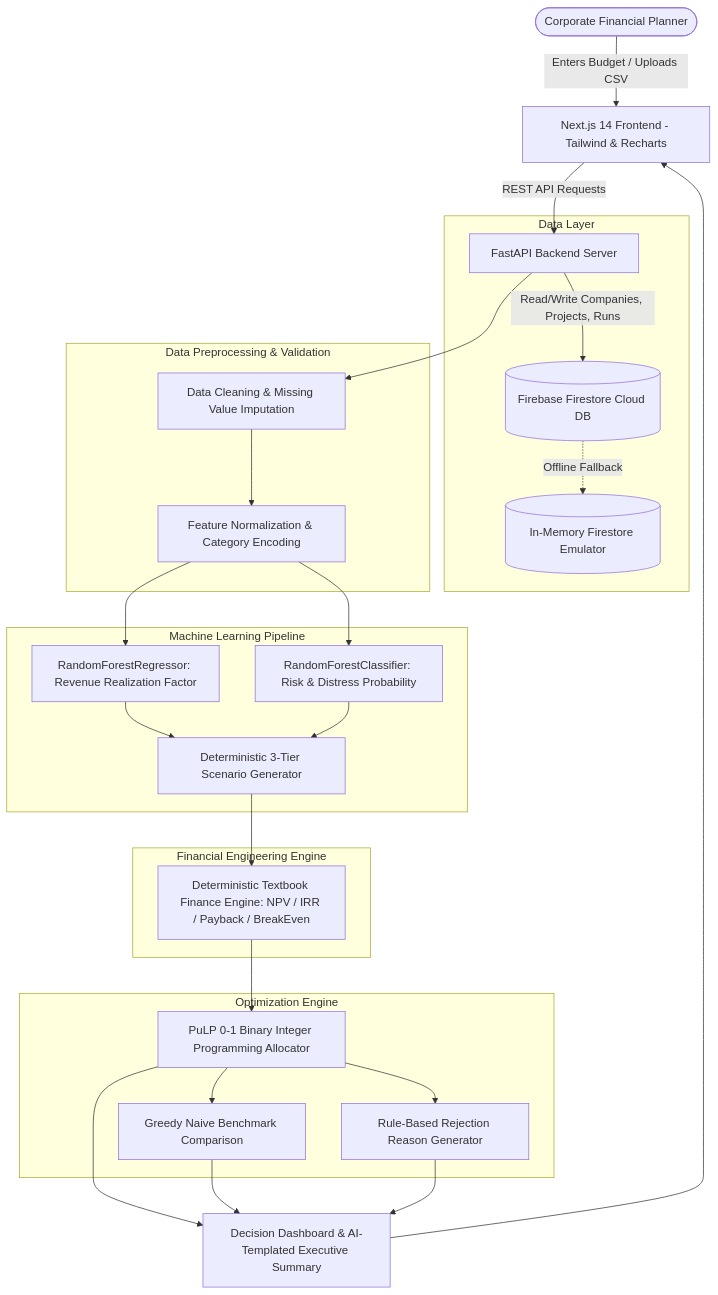
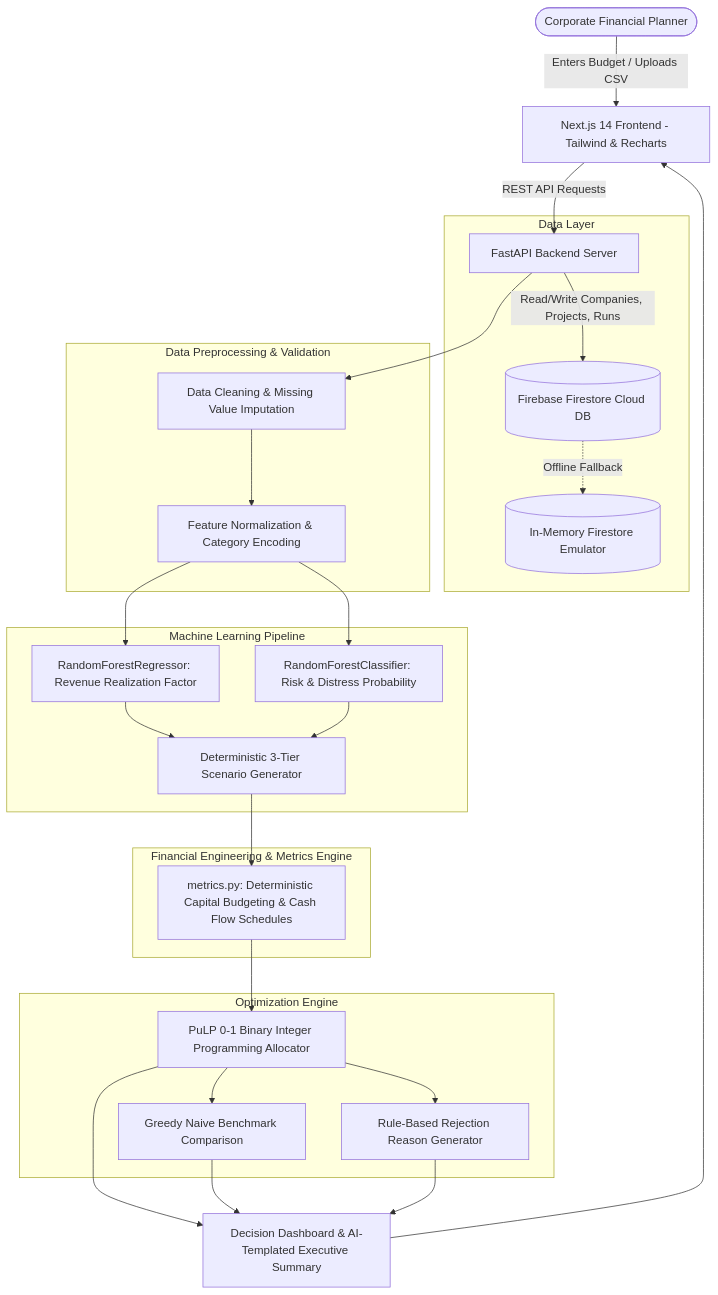
The diagram in README.md (Aryan010N/VentureLens_AI), drawn with Mermaid before and after one commit. The commit also changed other lines of this file and 18 other files, not shown here.

Commit message:
feat: complete metrics.py engine, portfolio summary, selected cards, testing page and docs

````diff
--- a/README.md
+++ b/README.md
@@ -48,34 +52,34 @@
 ```mermaid
 graph TD
     User([Corporate Financial Planner]) -->|Enters Budget / Uploads CSV| FE[Next.js 14 Frontend - Tailwind & Recharts]
     FE -->|REST API Requests| BE[FastAPI Backend Server]
     
     subgraph Data Layer
         BE -->|Read/Write Companies, Projects, Runs| FS[(Firebase Firestore Cloud DB)]
         FS -.->|Offline Fallback| MEM[(In-Memory Firestore Emulator)]
     end
 
     subgraph Data Preprocessing & Validation
         BE --> Clean[Data Cleaning & Missing Value Imputation]
         Clean --> Vector[Feature Normalization & Category Encoding]
     end
 
     subgraph Machine Learning Pipeline
         Vector --> Reg[RandomForestRegressor: Revenue Realization Factor]
         Vector --> Cls[RandomForestClassifier: Risk & Distress Probability]
         Reg & Cls --> Scen[Deterministic 3-Tier Scenario Generator]
     end
 
-    subgraph Financial Engineering Engine
-        Scen --> Fin[Deterministic Textbook Finance Engine: NPV / IRR / Payback / BreakEven]
+    subgraph Financial Engineering & Metrics Engine
+        Scen --> MetricsMod[metrics.py: Deterministic Capital Budgeting & Cash Flow Schedules]
     end
 
     subgraph Optimization Engine
-        Fin --> PuLP[PuLP 0-1 Binary Integer Programming Allocator]
+        MetricsMod --> PuLP[PuLP 0-1 Binary Integer Programming Allocator]
         PuLP --> Naive[Greedy Naive Benchmark Comparison]
         PuLP --> Rej[Rule-Based Rejection Reason Generator]
     end
 
     PuLP & Naive & Rej --> Out[Decision Dashboard & AI-Templated Executive Summary]
     Out --> FE
 ```
````
